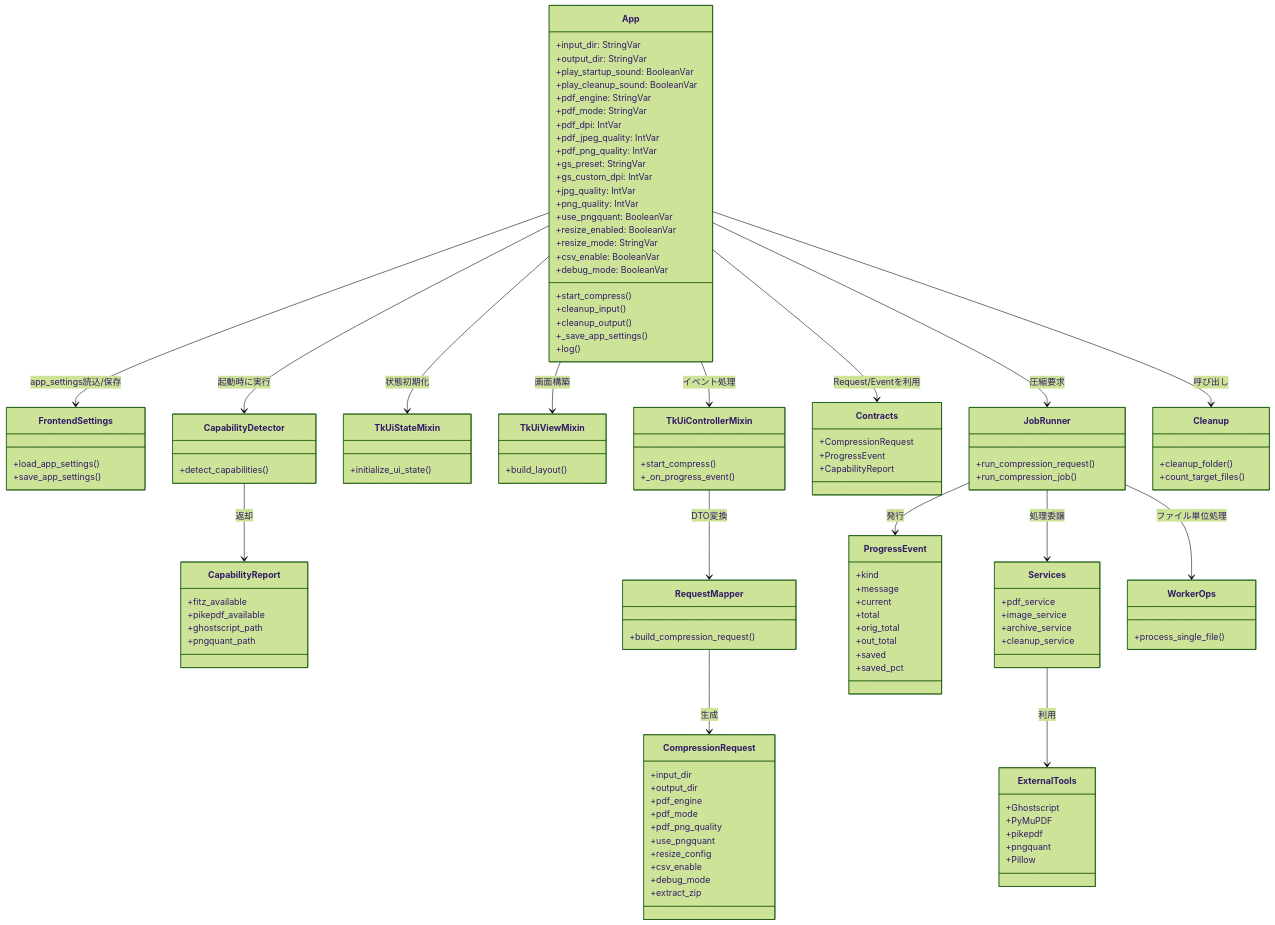
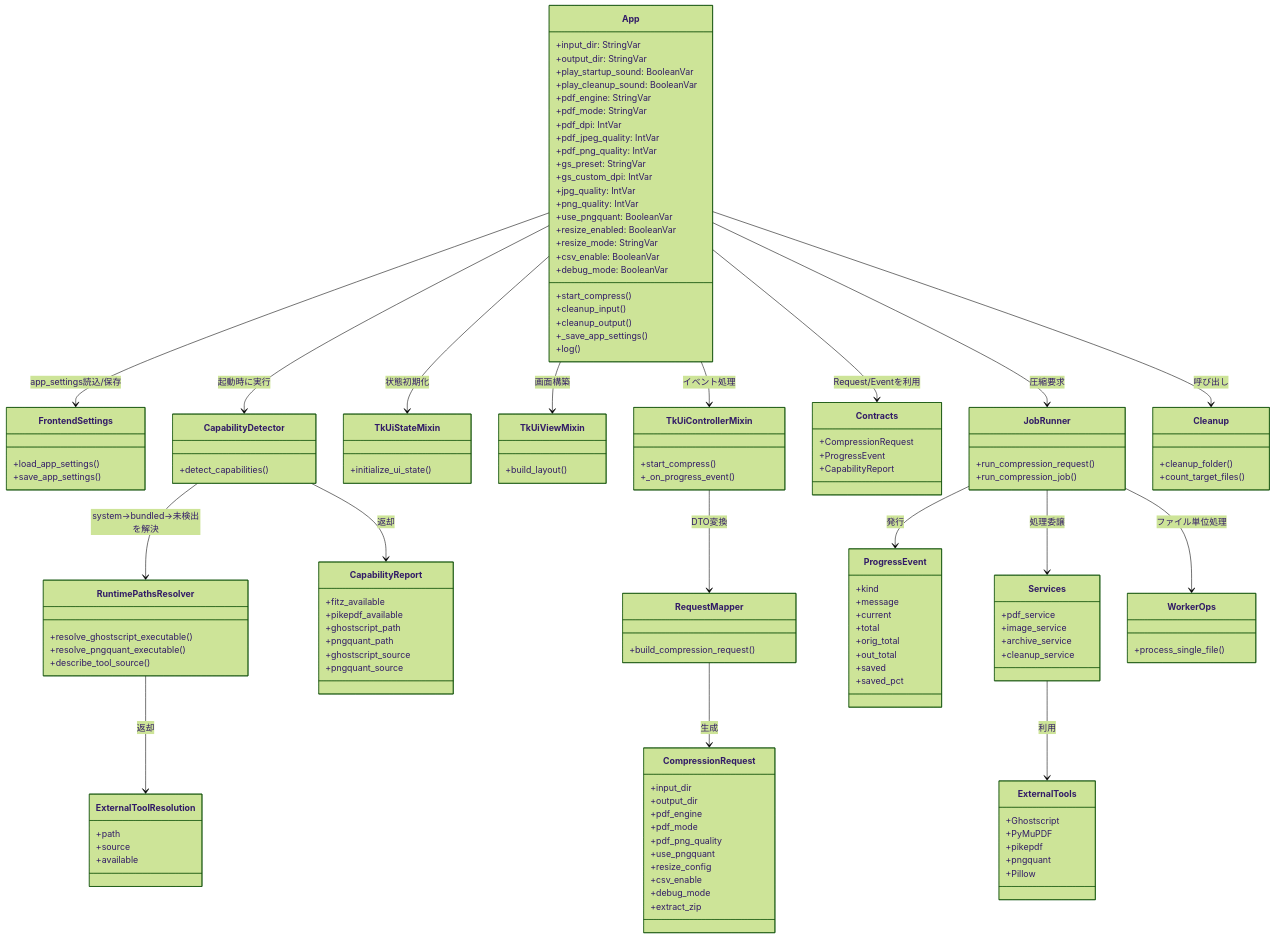
The third of 3 diagrams in Documentation/flow_sequence_and_class_diagrams.md (sho-kawasaki-dd/pjp_compressor_v2), drawn with Mermaid (forest theme) before and after one commit. The commit also changed other lines of this file and 17 other files, not shown here.

First line of the commit message:
feat: Enhance external tool detection and logging for image and PDF processing

```diff
--- a/Documentation/flow_sequence_and_class_diagrams.md
+++ b/Documentation/flow_sequence_and_class_diagrams.md
@@ -207,11 +221,25 @@
         +detect_capabilities()
     }
 
+    class RuntimePathsResolver {
+        +resolve_ghostscript_executable()
+        +resolve_pngquant_executable()
+        +describe_tool_source()
+    }
+
+    class ExternalToolResolution {
+        +path
+        +source
+        +available
+    }
+
     class CapabilityReport {
         +fitz_available
         +pikepdf_available
         +ghostscript_path
         +pngquant_path
+        +ghostscript_source
+        +pngquant_source
     }
 
     class TkUiStateMixin {
@@ -291,6 +319,8 @@
     }
 
     App --> CapabilityDetector : 起動時に実行
+    CapabilityDetector --> RuntimePathsResolver : system→bundled→未検出を解決
+    RuntimePathsResolver --> ExternalToolResolution : 返却
     CapabilityDetector --> CapabilityReport : 返却
     App --> FrontendSettings : app_settings読込/保存
     App --> Contracts : Request/Eventを利用
```
